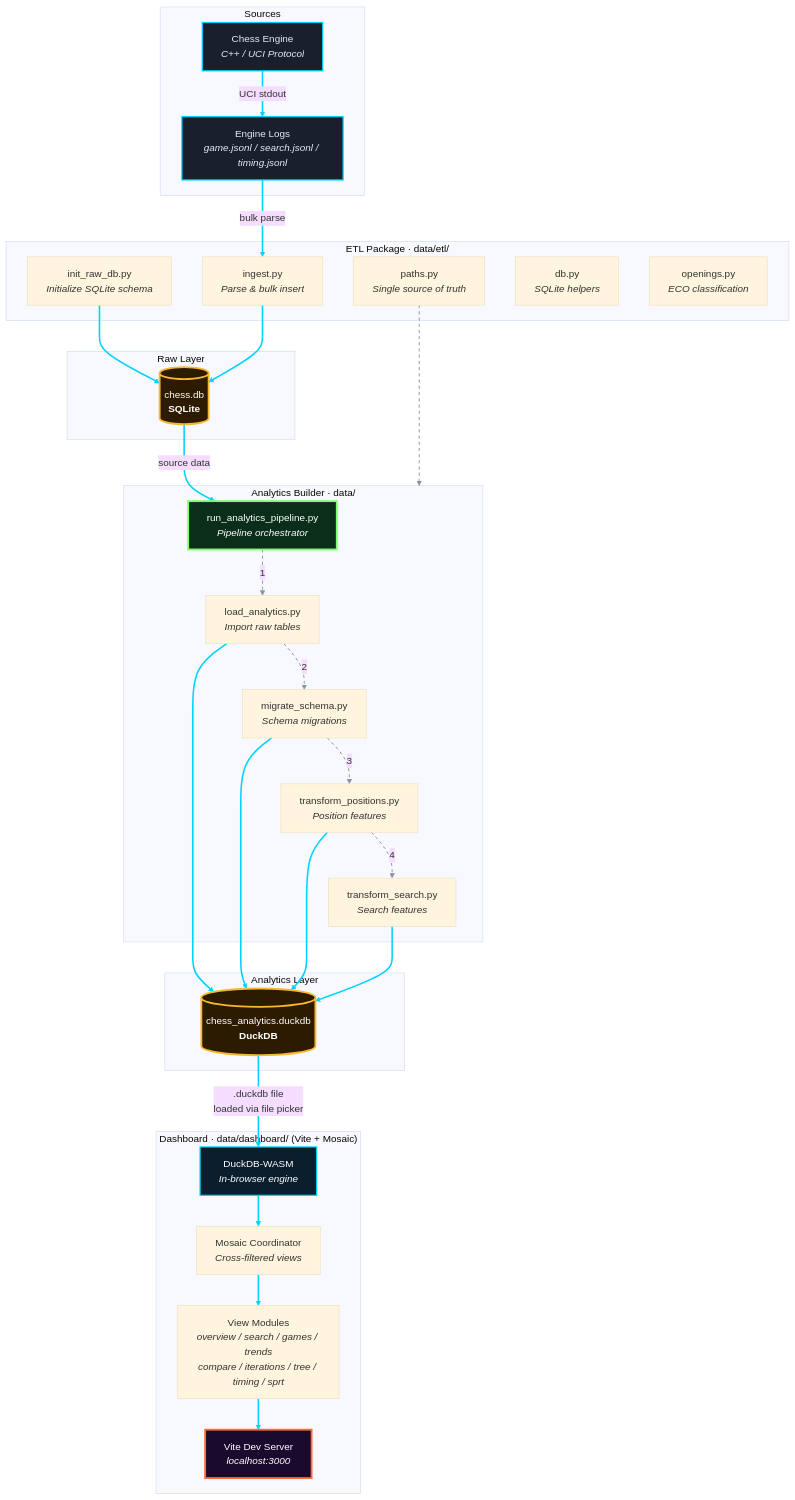
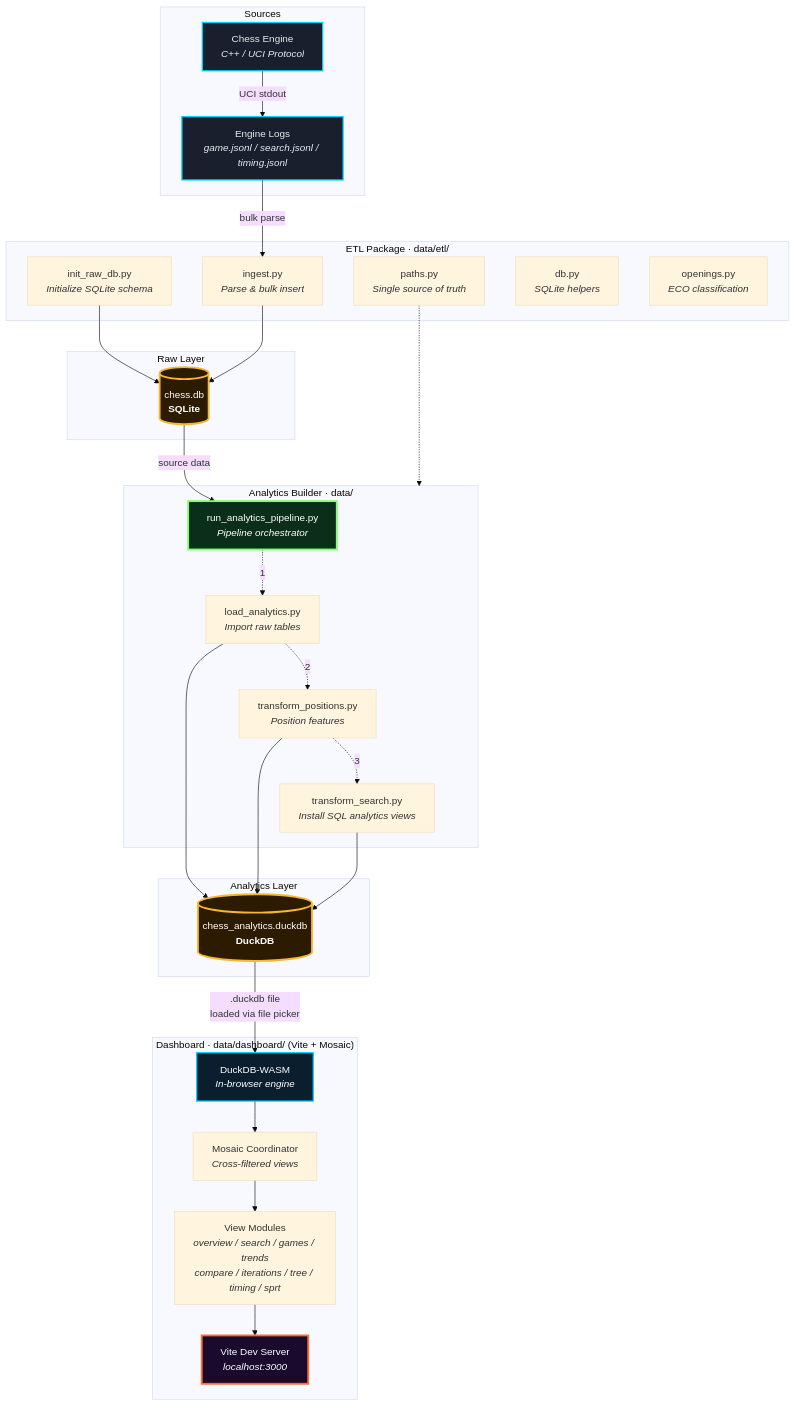
The diagram in docs/pipeline.md (maxolek/san-jacinto), drawn with Mermaid (base theme) before and after one commit. The commit also changed 27 other files, not shown here.

````diff
--- a/docs/pipeline.md
+++ b/docs/pipeline.md
@@ -1,74 +1,69 @@
 ```mermaid
 graph TD
     subgraph Sources["Sources"]
         ENG["Chess Engine<br/><i>C++ / UCI Protocol</i>"]
         LOGS["Engine Logs<br/><i>game.jsonl / search.jsonl / timing.jsonl</i>"]
     end
 
     subgraph ETL["ETL Package · data/etl/"]
         RAW["init_raw_db.py<br/><i>Initialize SQLite schema</i>"]
         ING["ingest.py<br/><i>Parse & bulk insert</i>"]
         PATHS["paths.py<br/><i>Single source of truth</i>"]
         DB["db.py<br/><i>SQLite helpers</i>"]
         OPEN["openings.py<br/><i>ECO classification</i>"]
     end
 
     subgraph Raw["Raw Layer"]
         SQLITE[("chess.db<br/><b>SQLite</b>")]
     end
 
     subgraph Builder["Analytics Builder · data/"]
         RUN["run_analytics_pipeline.py<br/><i>Pipeline orchestrator</i>"]
 
         LOAD["load_analytics.py<br/><i>Import raw tables</i>"]
-        MIG["migrate_schema.py<br/><i>Schema migrations</i>"]
         TP["transform_positions.py<br/><i>Position features</i>"]
-        TS["transform_search.py<br/><i>Search features</i>"]
+        TS["transform_search.py<br/><i>Install SQL analytics views</i>"]
 
         RUN -.->|"1"| LOAD
-        LOAD -.->|"2"| MIG
-        MIG -.->|"3"| TP
-        TP -.->|"4"| TS
+        LOAD -.->|"2"| TP
+        TP -.->|"3"| TS
     end
 
     subgraph Analytics["Analytics Layer"]
         DUCK[("chess_analytics.duckdb<br/><b>DuckDB</b>")]
     end
 
     subgraph Dashboard["Dashboard · data/dashboard/ (Vite + Mosaic)"]
         DKWASM["DuckDB-WASM<br/><i>In-browser engine</i>"]
         MOSAIC["Mosaic Coordinator<br/><i>Cross-filtered views</i>"]
         VIEWS["View Modules<br/><i>overview / search / games / trends<br/>compare / iterations / tree / timing / sprt</i>"]
         APP["Vite Dev Server<br/><i>localhost:3000</i>"]
     end
 
     ENG -->|"UCI stdout"| LOGS
     LOGS -->|"bulk parse"| ING
     RAW --> SQLITE
     ING --> SQLITE
 
     SQLITE -->|"source data"| RUN
 
     LOAD --> DUCK
-    MIG --> DUCK
     TP --> DUCK
     TS --> DUCK
 
     DUCK -->|".duckdb file<br/>loaded via file picker"| DKWASM
     DKWASM --> MOSAIC
     MOSAIC --> VIEWS
     VIEWS --> APP
 
     PATHS -.-> Builder
 
     style ENG fill:#1a1f2e,stroke:#00d2ff,stroke-width:2px,color:#e8eaf0
     style LOGS fill:#1a1f2e,stroke:#00d2ff,stroke-width:2px,color:#e8eaf0
     style SQLITE fill:#2d1b00,stroke:#f7b731,stroke-width:3px,color:#fff
     style DUCK fill:#2d1b00,stroke:#f7b731,stroke-width:3px,color:#fff
     style DKWASM fill:#0a1e2e,stroke:#00d2ff,stroke-width:2px,color:#fff
     style APP fill:#1a0a2e,stroke:#ff6b35,stroke-width:3px,color:#fff
     style RUN fill:#0a2e1a,stroke:#7fff6b,stroke-width:3px,color:#fff
 
-    linkStyle 4,5,6,7,8,9,10,11,12,13,14,15,16 stroke:#00d2ff,stroke-width:2.5px
-    linkStyle 0,1,2,3,17 stroke:#8892a4,stroke-width:1.5px,stroke-dasharray:5
 ```
````
